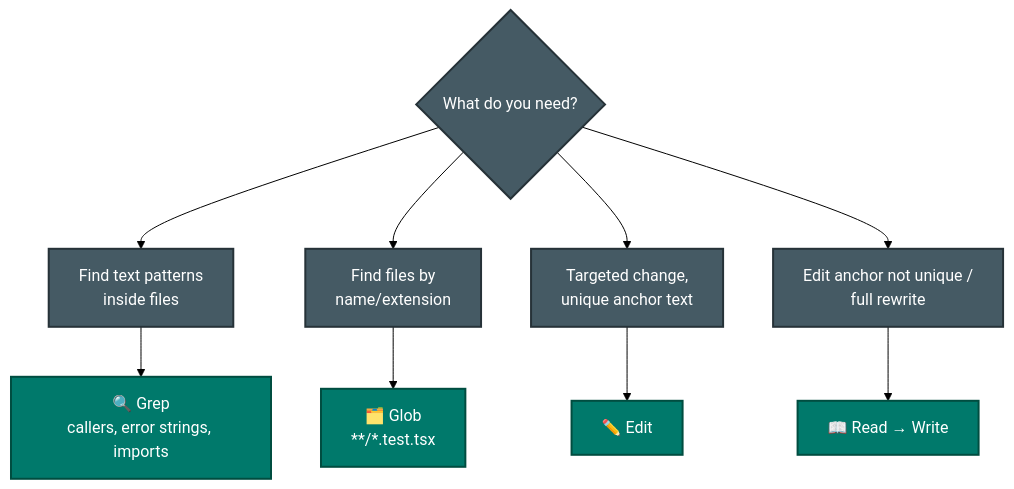
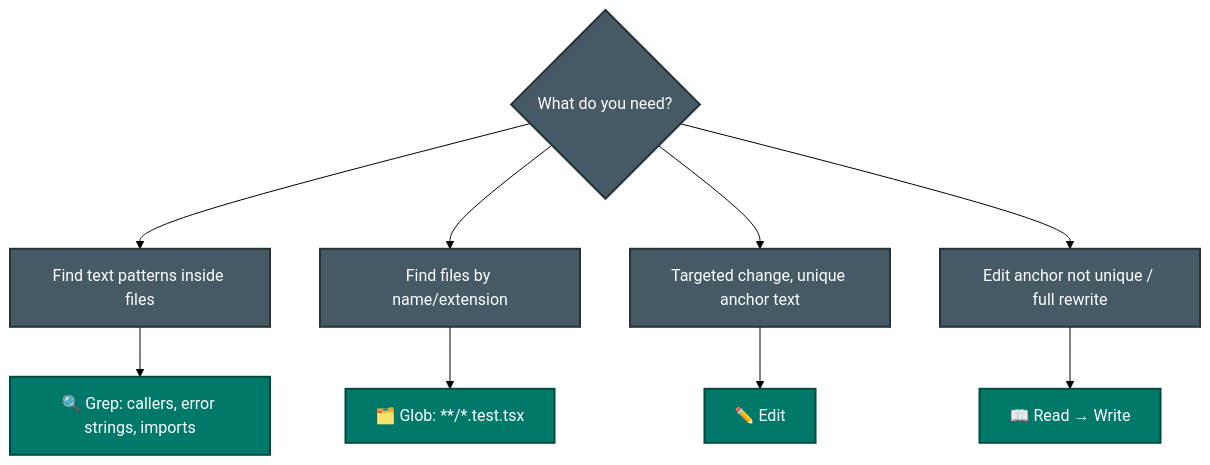
The fourth of 6 diagrams in CCA-F/domains/d2-tool-design-mcp.md (parmar-m/claude-architect-certification-prep), drawn with Mermaid (forest theme) before and after one commit. The commit also changed other lines of this file and 25 other files, not shown here.

````diff
--- a/CCA-F/domains/d2-tool-design-mcp.md
+++ b/CCA-F/domains/d2-tool-design-mcp.md
@@ -225,11 +227,11 @@
 ```mermaid
 flowchart TD
-    Q{What do you need?} --> A["Find text patterns<br/>inside files"] --> GR["🔍 Grep<br/>callers, error strings, imports"]
-    Q --> B["Find files by<br/>name/extension"] --> GL["🗂️ Glob<br/>**/*.test.tsx"]
-    Q --> C["Targeted change,<br/>unique anchor text"] --> ED["✏️ Edit"]
-    Q --> D["Edit anchor not unique /<br/>full rewrite"] --> RW["📖 Read → Write"]
+    Q{"What do you need?"} --> A["Find text patterns inside files"] --> GR["🔍 Grep: callers, error strings, imports"]
+    Q --> B["Find files by name/extension"] --> GL["🗂️ Glob: **/*.test.tsx"]
+    Q --> C["Targeted change, unique anchor text"] --> ED["✏️ Edit"]
+    Q --> D["Edit anchor not unique / full rewrite"] --> RW["📖 Read → Write"]
     classDef tool fill:#00796B,color:#fff,stroke:#004D40,stroke-width:2px
     classDef q fill:#455A64,color:#fff,stroke:#263238,stroke-width:2px
     class GR,GL,ED,RW tool
     class Q,A,B,C,D q
 ```
````
